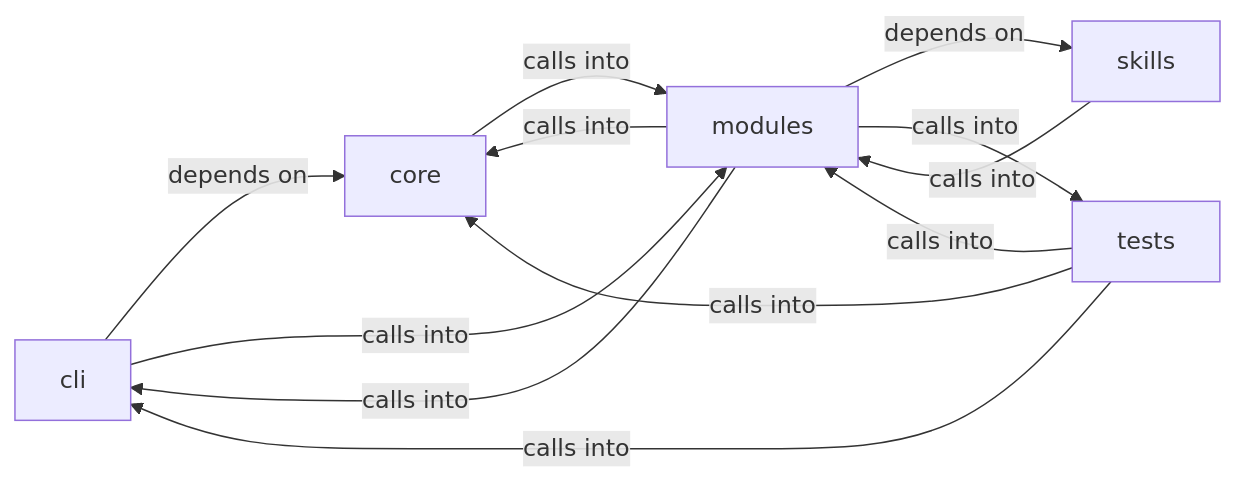
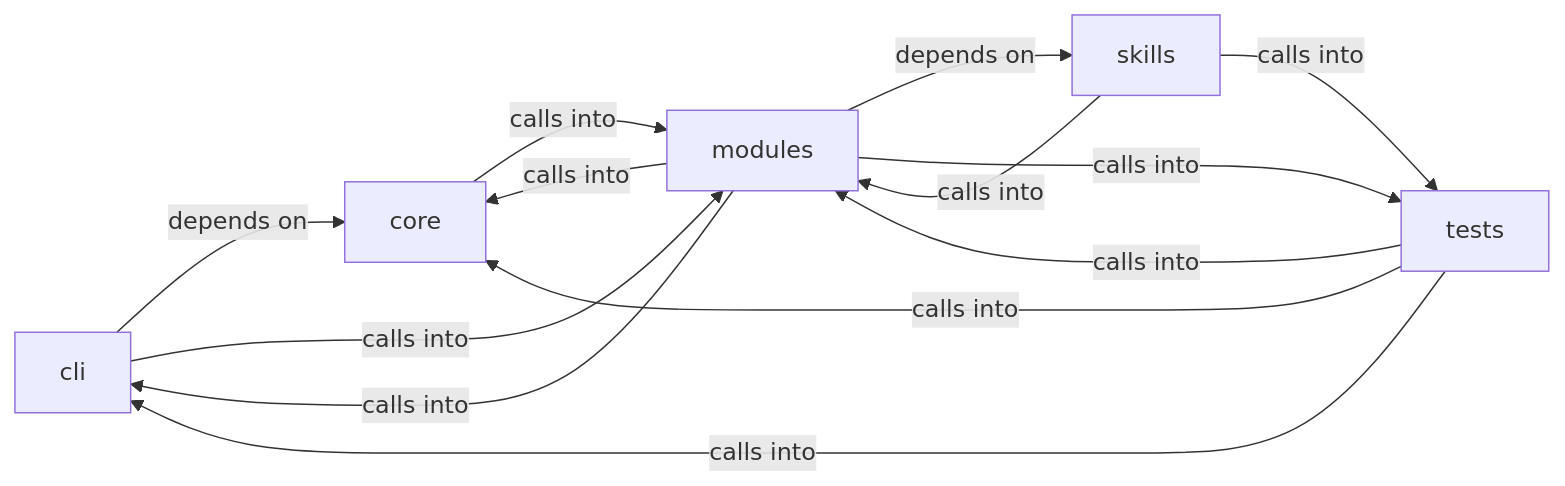
The diagram in readmenator-diagrams/modules_lazy_loop.md (grisuno/LazyOwn), drawn with Mermaid before and after one commit. The commit also changed other lines of this file and 508 other files, not shown here.

````diff
--- a/readmenator-diagrams/modules_lazy_loop.md
+++ b/readmenator-diagrams/modules_lazy_loop.md
@@ -5,19 +5,20 @@
 ```mermaid
 graph LR
     cli["cli"]
     core["core"]
     modules["modules"]
     skills["skills"]
     tests["tests"]
     cli -- "depends on" --> core
     cli -- "calls into" --> modules
     core -- "calls into" --> modules
     modules -- "calls into" --> cli
     modules -- "calls into" --> core
     modules -- "depends on" --> skills
     modules -- "calls into" --> tests
     skills -- "calls into" --> modules
+    skills -- "calls into" --> tests
     tests -- "calls into" --> cli
     tests -- "calls into" --> core
     tests -- "calls into" --> modules
 ```
````
